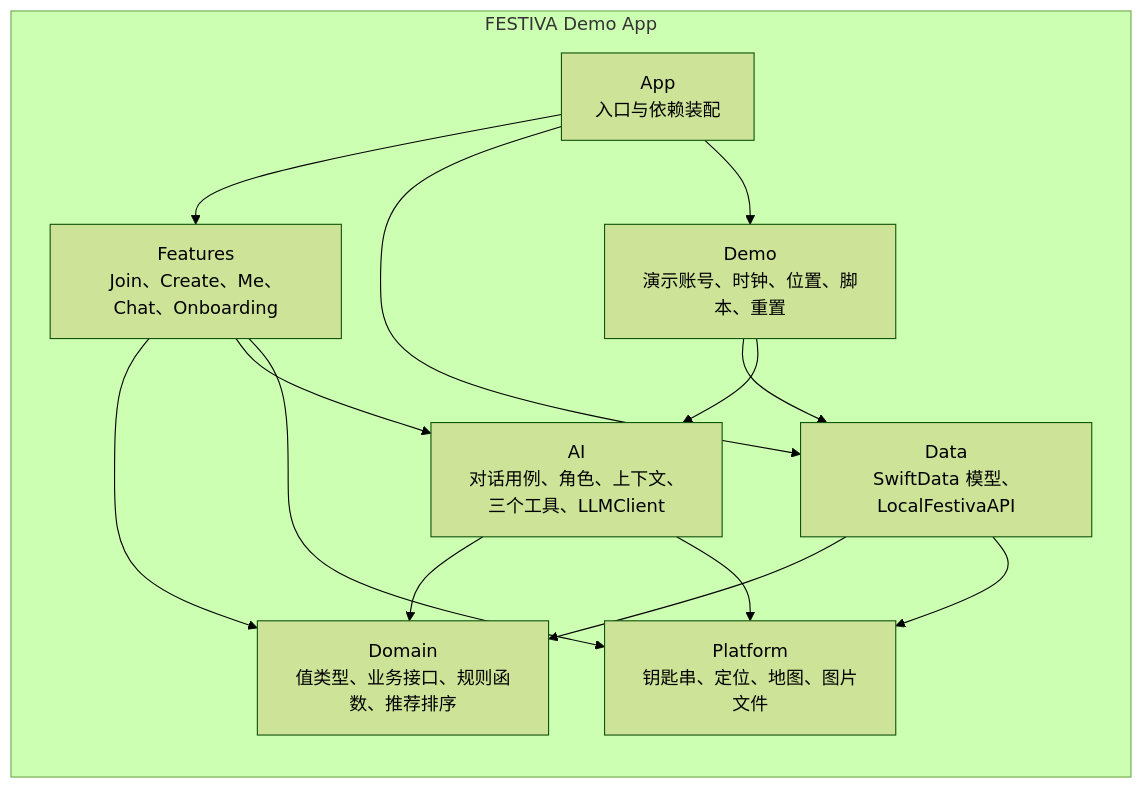
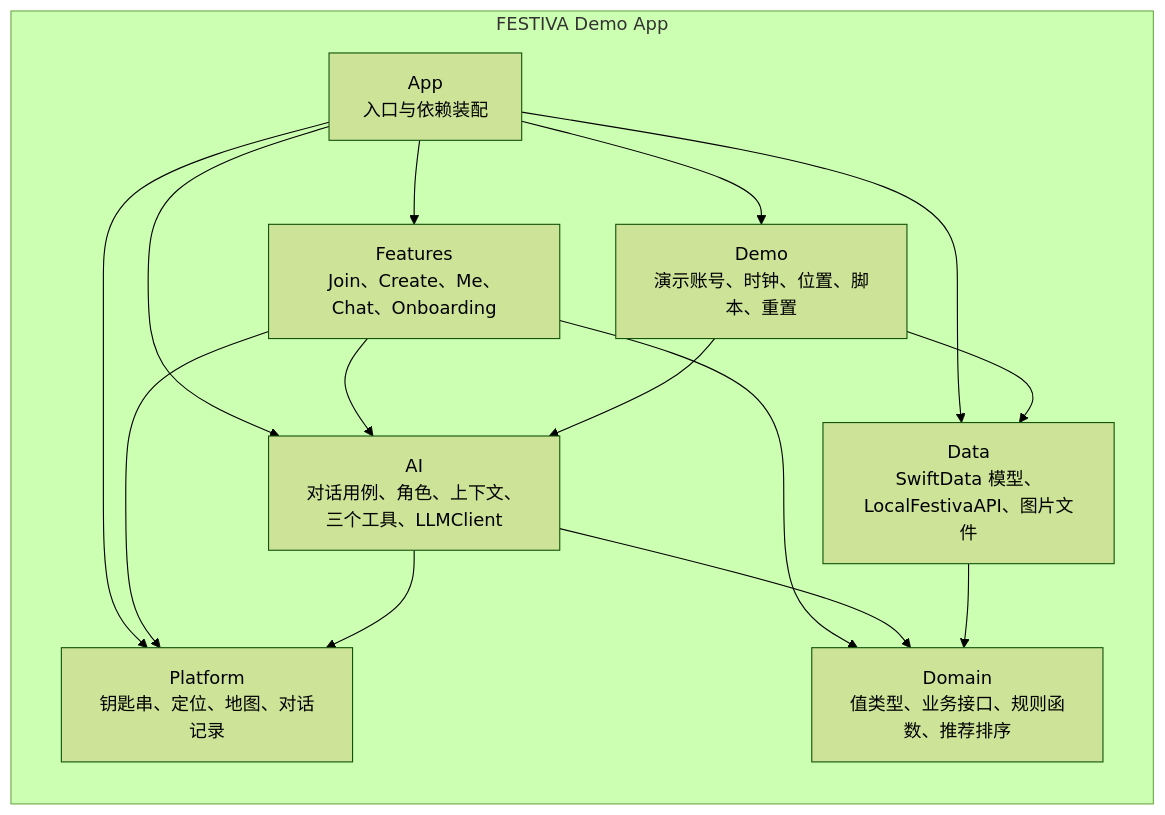
One commit to Ciri101/FESTIVA changed the second of 2 diagrams in truth/demo/FESTIVA-Demo架构方案.md. Above: the diagram before and after it, drawn with Mermaid (forest theme). The commit also changed other lines of this file and 3 other files, not shown here.

````diff
--- a/truth/demo/FESTIVA-Demo架构方案.md
+++ b/truth/demo/FESTIVA-Demo架构方案.md
@@ -125,24 +125,25 @@
 ```mermaid
 flowchart LR
   subgraph app["FESTIVA Demo App"]
     appm["App<br/>入口与依赖装配"]
     features["Features<br/>Join、Create、Me、Chat、Onboarding"]
     ai["AI<br/>对话用例、角色、上下文、三个工具、LLMClient"]
     domain["Domain<br/>值类型、业务接口、规则函数、推荐排序"]
-    data["Data<br/>SwiftData 模型、LocalFestivaAPI"]
-    platform["Platform<br/>钥匙串、定位、地图、图片文件"]
+    data["Data<br/>SwiftData 模型、LocalFestivaAPI、图片文件"]
+    platform["Platform<br/>钥匙串、定位、地图、对话记录"]
     demo["Demo<br/>演示账号、时钟、位置、脚本、重置"]
   end
   appm --> features
   appm --> data
   appm --> demo
+  appm --> ai
+  appm --> platform
   features --> domain
   features --> ai
   ai --> domain
   data --> domain
   features --> platform
-  data --> platform
   ai --> platform
   demo --> data
   demo --> ai
 ```
````
